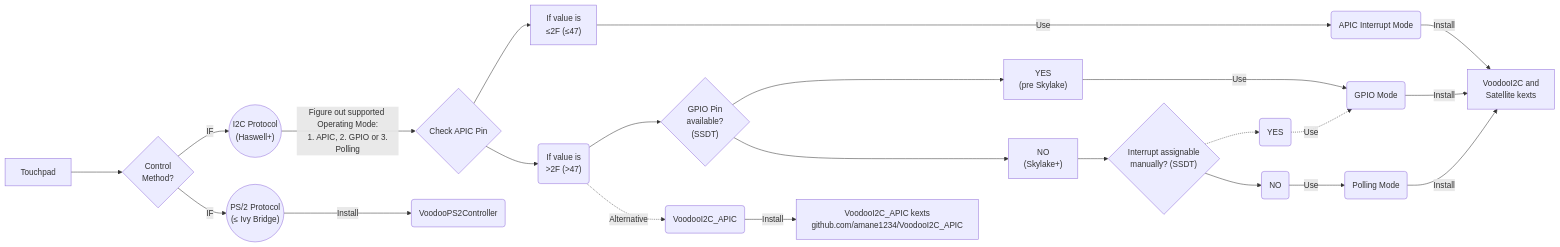
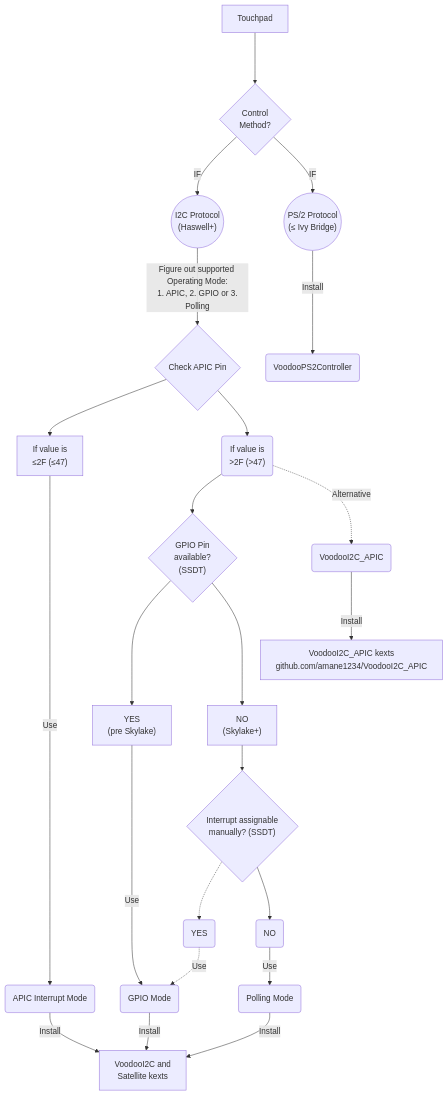
Before and after one commit to 5T33Z0/OC-Little-Translated: the diagram in Content/05_Laptop-specific_Patches/Trackpad_Patches/README.md, drawn with Mermaid.

Commit message:
Change graph direction in Trackpad README

````diff
--- a/Content/05_Laptop-specific_Patches/Trackpad_Patches/README.md
+++ b/Content/05_Laptop-specific_Patches/Trackpad_Patches/README.md
@@ -224,14 +224,14 @@
 ```mermaid
-graph LR
+graph TD
     A[Touchpad] ---> B{"Control</br> Method?"}
     B -->|IF| C(("I2C Protocol</br>(Haswell+)"))
     B -->|IF| G(("PS/2 Protocol</br>(≤ Ivy Bridge)"))
     C --> |"Figure out supported Operating Mode:</br> 1. APIC, 2. GPIO or 3. Polling"|J{Check APIC Pin}
     J --> K["If value is </br>≤2F (≤47)"]------->|Use| D(APIC Interrupt Mode)-->|Install|L[VoodooI2C and </br>Satellite kexts]
     J --> M("If value is</br> >2F (>47)")-->O{"GPIO Pin </br>available? </br>(SSDT)"}
     M -.->|Alternative| V(VoodooI2C_APIC)-->|Install|W["VoodooI2C_APIC kexts</br>github.com/amane1234/VoodooI2C_APIC"]
     O --> P["YES</br>(pre Skylake)"]---->|Use|R(GPIO Mode)-->|Install|L
     O ---> Q["NO </br>(Skylake+)"]--> N{"Interrupt assignable</br> manually? (SSDT)"}-.->F(YES)-.->|Use|R
     N-->S(NO)-->|Use|T(Polling Mode)-->|Install|L
     G --> |Install|H(VoodooPS2Controller)
 ```    
````
